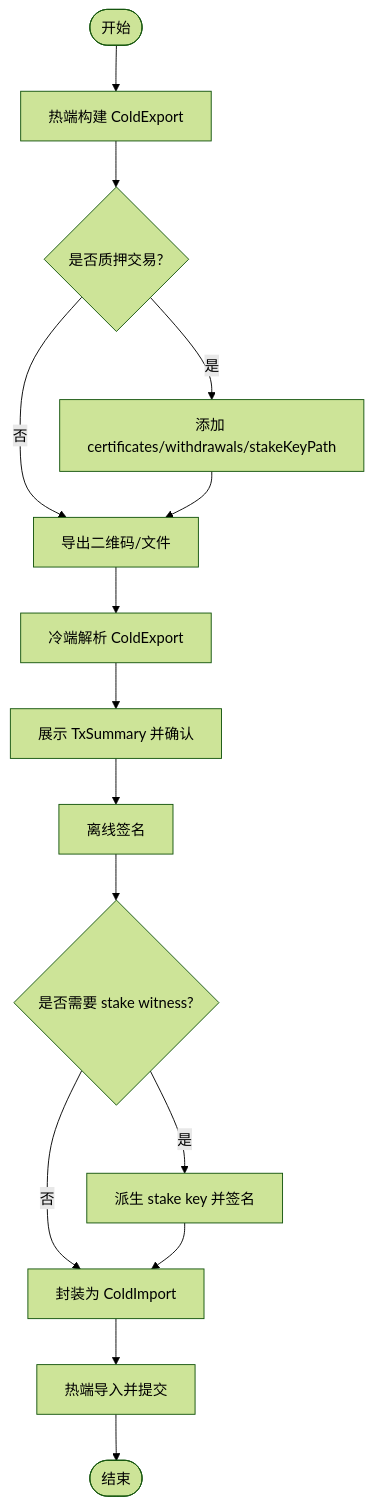
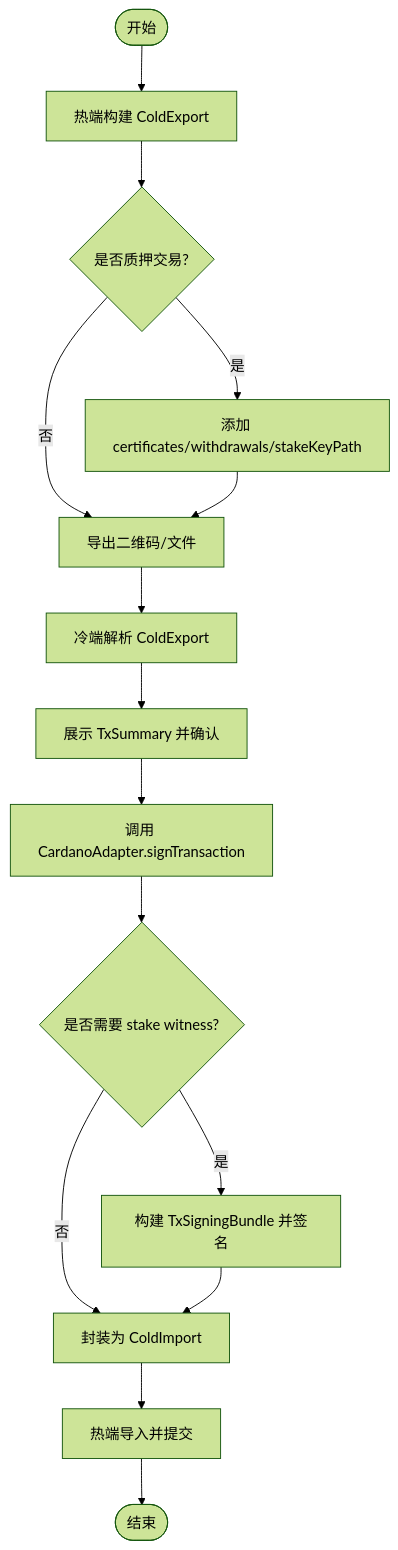
One commit to EqualToEthan/stasis changed the eighth of 8 diagrams in .qoder/repowiki/zh/content/数据模型.md. Above: the diagram before and after it, drawn with Mermaid (forest theme). The commit also changed other lines of this file and 60 other files, not shown here.

````diff
--- a/.qoder/repowiki/zh/content/数据模型.md
+++ b/.qoder/repowiki/zh/content/数据模型.md
@@ -523,17 +560,17 @@
 ```mermaid
 flowchart TD
 Start(["开始"]) --> Build["热端构建 ColdExport"]
 Build --> Check{"是否质押交易?"}
 Check --> |否| Export["导出二维码/文件"]
 Check --> |是| AddFields["添加 certificates/withdrawals/stakeKeyPath"]
 AddFields --> Export
 Export --> Parse["冷端解析 ColdExport"]
 Parse --> Confirm["展示 TxSummary 并确认"]
-Confirm --> Sign["离线签名"]
+Confirm --> Sign["调用 CardanoAdapter.signTransaction"]
 Sign --> StakeCheck{"是否需要 stake witness?"}
 StakeCheck --> |否| Import["封装为 ColdImport"]
-StakeCheck --> |是| DeriveStake["派生 stake key 并签名"]
-DeriveStake --> Import
+StakeCheck --> |是| Bundle["构建 TxSigningBundle 并签名"]
+Bundle --> Import
 Import --> Submit["热端导入并提交"]
 Submit --> End(["结束"])
 ```
````
